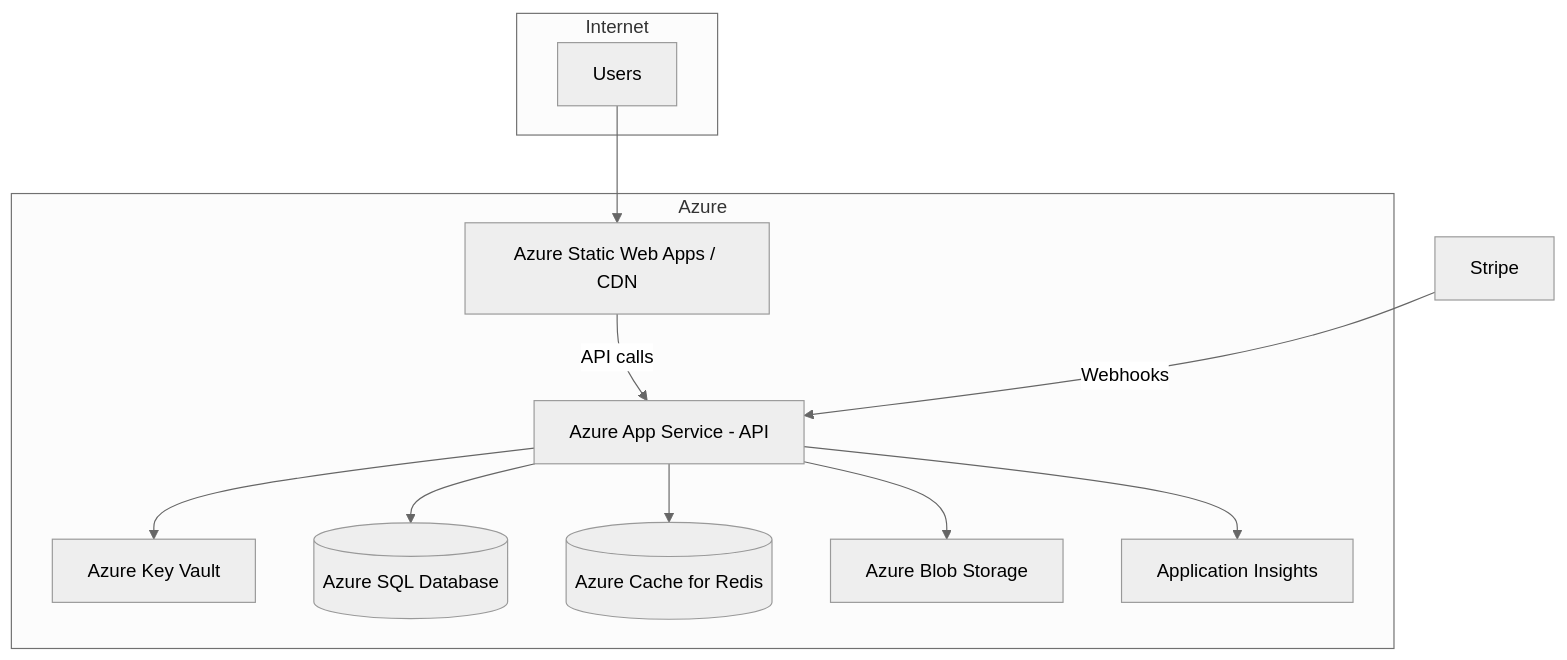
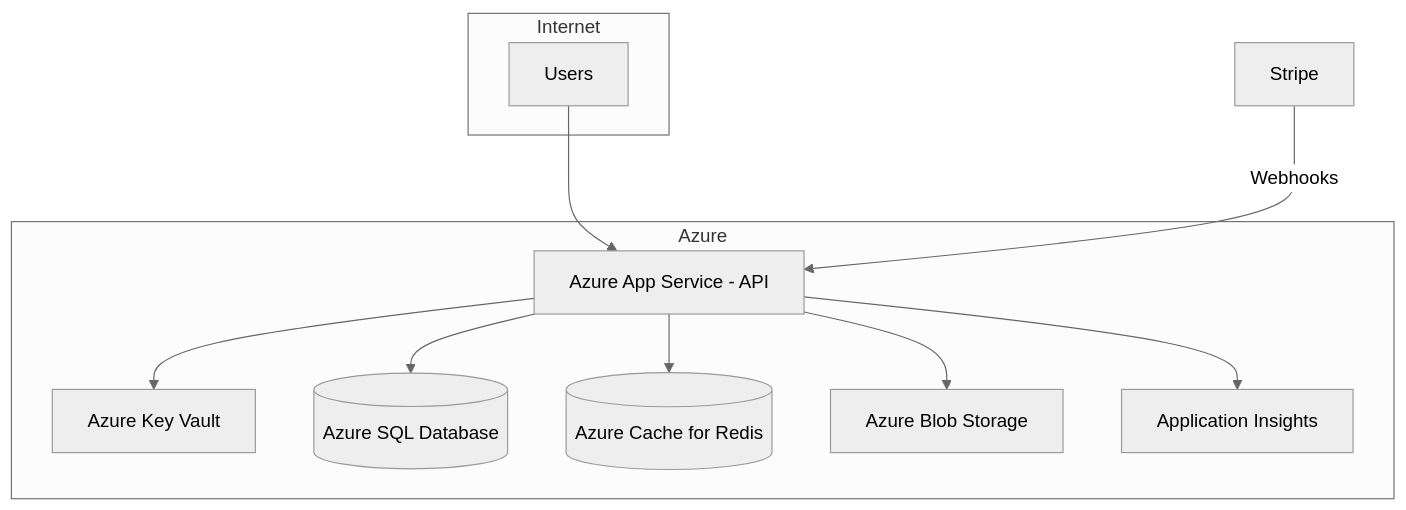
One commit to jaatvishal/nature-schakki_backend changed the diagram in docs/08-Deployment.md. Above: the diagram before and after it, drawn with Mermaid (neutral theme). The commit also changed other lines of this file and 44 other files, not shown here.

````diff
--- a/docs/08-Deployment.md
+++ b/docs/08-Deployment.md
@@ -47,27 +41,25 @@
 ```mermaid
 flowchart TB
     subgraph Internet
         USER[Users]
     end
 
     subgraph Azure
-        CDN[Azure Static Web Apps / CDN]
         APP[Azure App Service - API]
         KV[Azure Key Vault]
         SQL[(Azure SQL Database)]
         REDIS[(Azure Cache for Redis)]
         BLOB[Azure Blob Storage]
         INS[Application Insights]
     end
 
     STRIPE[Stripe]
 
-    USER --> CDN
-    CDN -->|API calls| APP
+    USER --> APP
     APP --> KV
     APP --> SQL
     APP --> REDIS
     APP --> BLOB
     APP --> INS
     STRIPE -->|Webhooks| APP
 ```
````
